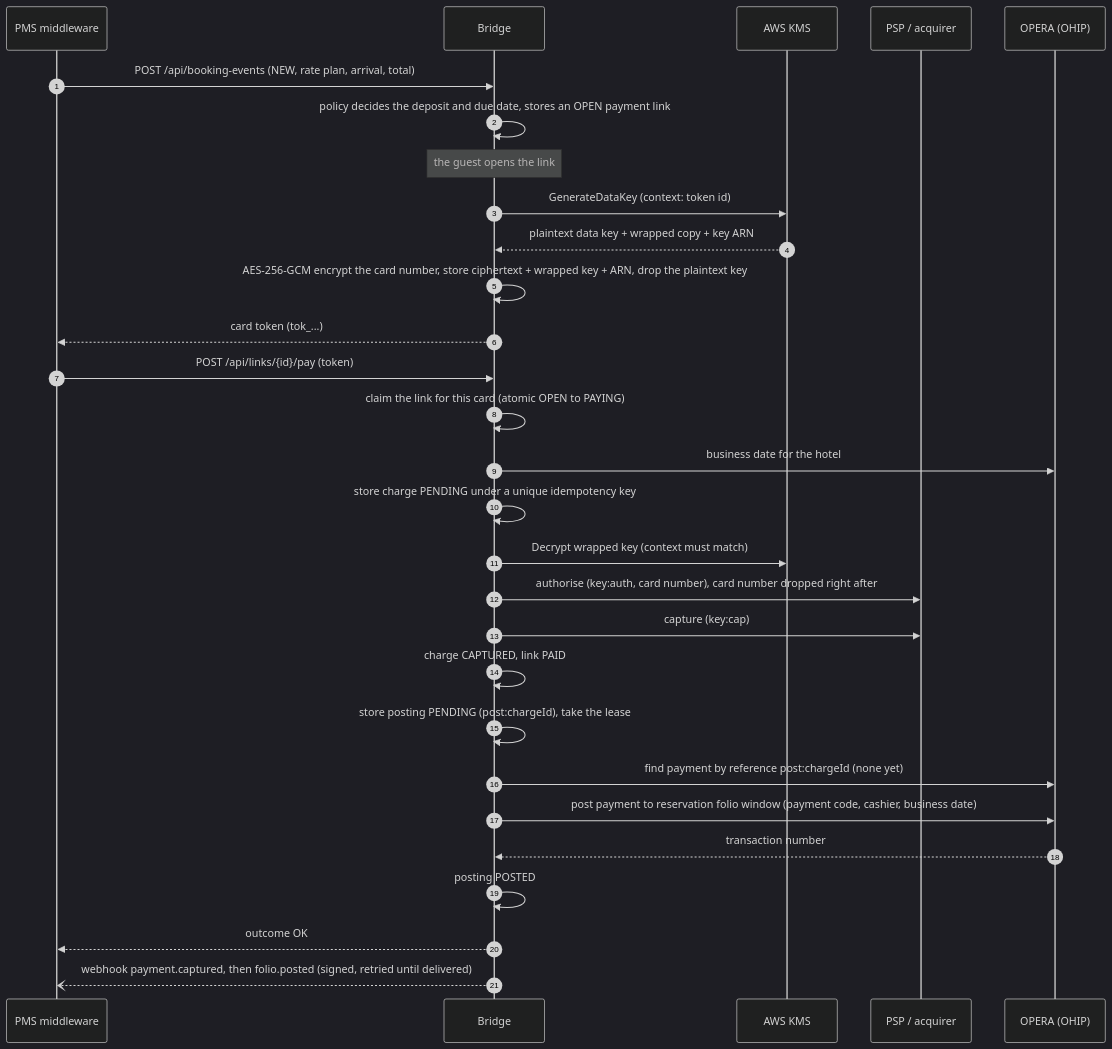
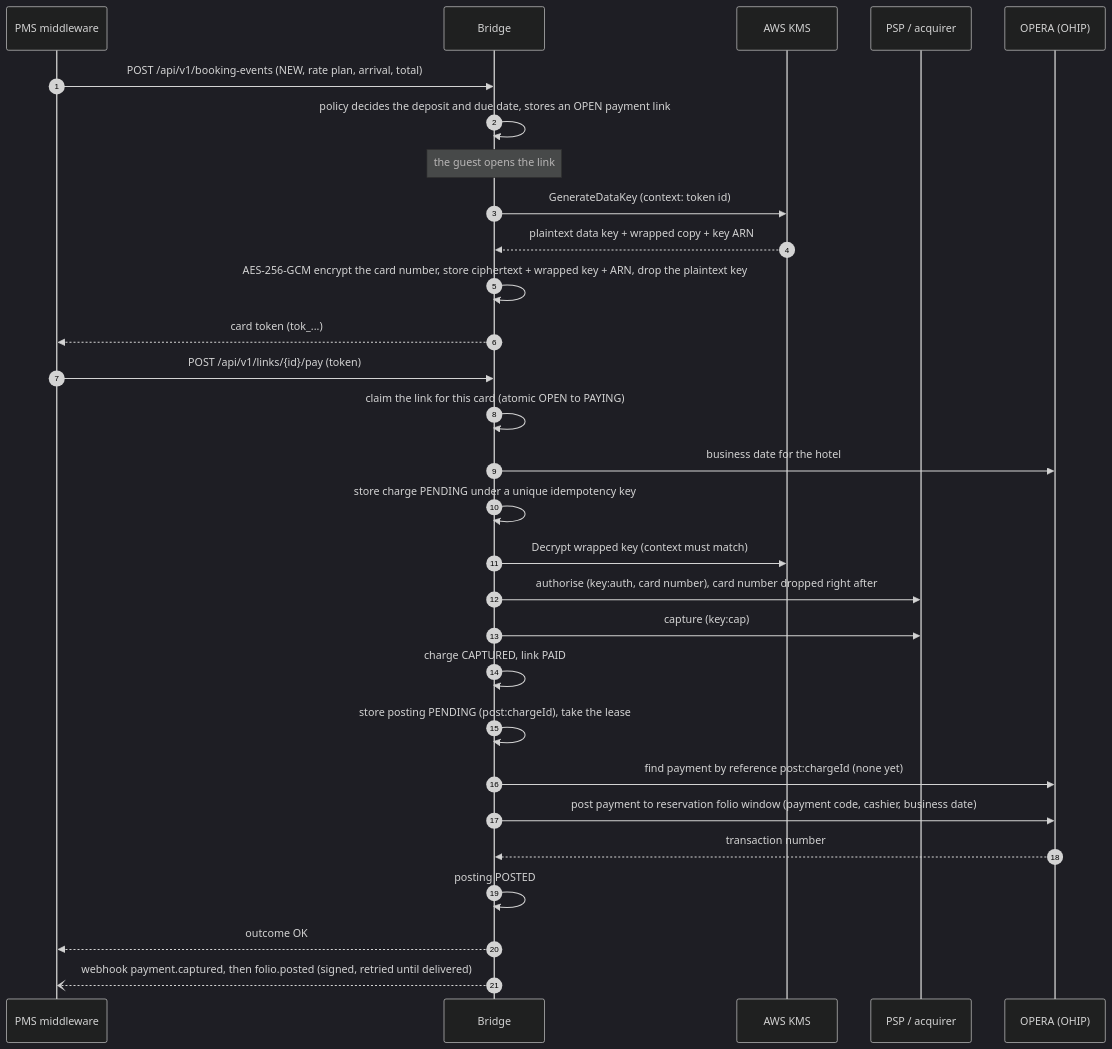
The second of 2 diagrams in docs/architecture.md (hhovhann/folio-pay-bridge), drawn with Mermaid (dark theme) before and after one commit. The commit also changed other lines of this file and 126 other files, not shown here.

````diff
--- a/docs/architecture.md
+++ b/docs/architecture.md
@@ -39,31 +39,31 @@
 ```mermaid
 sequenceDiagram
   autonumber
   participant MW as PMS middleware
   participant B as Bridge
   participant K as AWS KMS
   participant P as PSP / acquirer
   participant O as OPERA (OHIP)
-  MW->>B: POST /api/booking-events (NEW, rate plan, arrival, total)
+  MW->>B: POST /api/v1/booking-events (NEW, rate plan, arrival, total)
   B->>B: policy decides the deposit and due date, stores an OPEN payment link
   Note over B: the guest opens the link
   B->>K: GenerateDataKey (context: token id)
   K-->>B: plaintext data key + wrapped copy + key ARN
   B->>B: AES-256-GCM encrypt the card number, store ciphertext + wrapped key + ARN, drop the plaintext key
   B-->>MW: card token (tok_...)
-  MW->>B: POST /api/links/{id}/pay (token)
+  MW->>B: POST /api/v1/links/{id}/pay (token)
   B->>B: claim the link for this card (atomic OPEN to PAYING)
   B->>O: business date for the hotel
   B->>B: store charge PENDING under a unique idempotency key
   B->>K: Decrypt wrapped key (context must match)
   B->>P: authorise (key:auth, card number), card number dropped right after
   B->>P: capture (key:cap)
   B->>B: charge CAPTURED, link PAID
   B->>B: store posting PENDING (post:chargeId), take the lease
   B->>O: find payment by reference post:chargeId (none yet)
   B->>O: post payment to reservation folio window (payment code, cashier, business date)
   O-->>B: transaction number
   B->>B: posting POSTED
   B-->>MW: outcome OK
   B--)MW: webhook payment.captured, then folio.posted (signed, retried until delivered)
 ```
````
